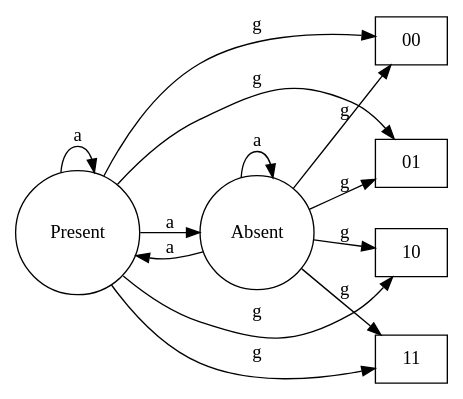
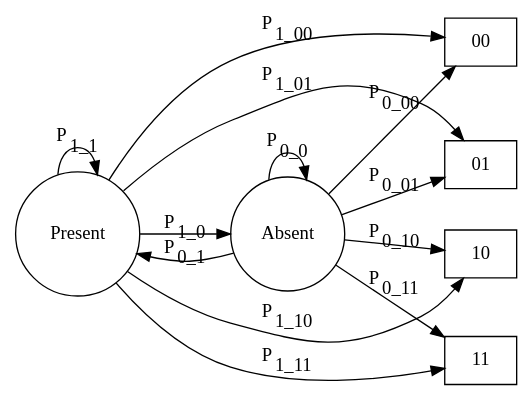
The diagram in model.dot (smartHome-LUCAMI/Projekt), drawn with Graphviz before and after one commit. The commit also changed 17 other files, not shown here.

```diff
--- a/model.dot
+++ b/model.dot
@@ -1,34 +1,34 @@
 digraph {
     rankdir = LR;
 
     // Hidden states
     node [shape = circle, label = "Present"] H1;
     node [shape = circle, label = "Absent"] H2;
     
 
     // Observable states
     node [shape = box, label = "00"]O1;
     node [shape = box, label = "01"]O2;
     node [shape = box, label = "10"]O3;
     node [shape = box, label = "11"]O4;
 
     // Transitions between hidden states
-    H1 -> H1 [label = "a"];
-    H1 -> H2 [label = "a"];
-    H2 -> H2 [label = "a"];
-    H2 -> H1 [label = "a"];
+    H1 -> H1 [label = <P<SUB>1_1</SUB>>];
+    H1 -> H2 [label = <P<SUB>1_0</SUB>>];
+    H2 -> H2 [label = <P<SUB>0_0</SUB>>];
+    H2 -> H1 [label = <P<SUB>0_1</SUB>>];
 
 
     // Transitions from hidden states to observable states
-    H1 -> O1 [label = "g"];
-    H1 -> O2 [label = "g"];
-    H1 -> O3 [label = "g"];
-    H1 -> O4 [label = "g"];
+    H1 -> O1 [label = <P<SUB>1_00</SUB>>];
+    H1 -> O2 [label = <P<SUB>1_01</SUB>>];
+    H1 -> O3 [label = <P<SUB>1_10</SUB>>];
+    H1 -> O4 [label = <P<SUB>1_11</SUB>>];
 
 
-    H2 -> O1 [label = "g"];
-    H2 -> O2 [label = "g"];
-    H2 -> O3 [label = "g"];
-    H2 -> O4 [label = "g"];
+    H2 -> O1 [label = <P<SUB>0_00</SUB>>];
+    H2 -> O2 [label = <P<SUB>0_01</SUB>>];
+    H2 -> O3 [label = <P<SUB>0_10</SUB>>];
+    H2 -> O4 [label = <P<SUB>0_11</SUB>>];
     
 }
```
